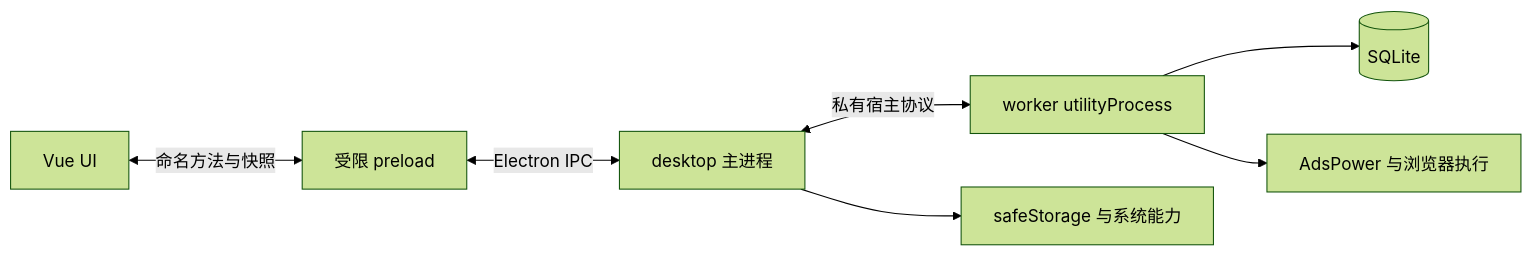
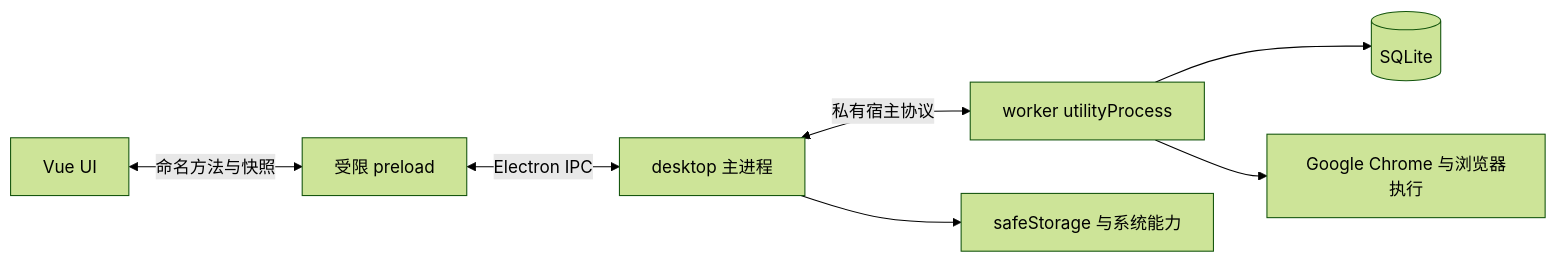
Before and after one commit to 0gnilc/browser-2d: the second of 3 diagrams in docs/monorepo-refactor-plan.md, drawn with Mermaid (forest theme). The commit also changed other lines of this file and 11 other files, not shown here.

````diff
--- a/docs/monorepo-refactor-plan.md
+++ b/docs/monorepo-refactor-plan.md
@@ -118,9 +118,9 @@
 ```mermaid
 flowchart LR
     UI[Vue UI] <-->|命名方法与快照| Preload[受限 preload]
     Preload <-->|Electron IPC| Main[desktop 主进程]
     Main <-->|私有宿主协议| Worker[worker utilityProcess]
     Main --> OS[safeStorage 与系统能力]
     Worker --> DB[(SQLite)]
-    Worker --> Browser[AdsPower 与浏览器执行]
+    Worker --> Browser[Google Chrome 与浏览器执行]
 ```
````
